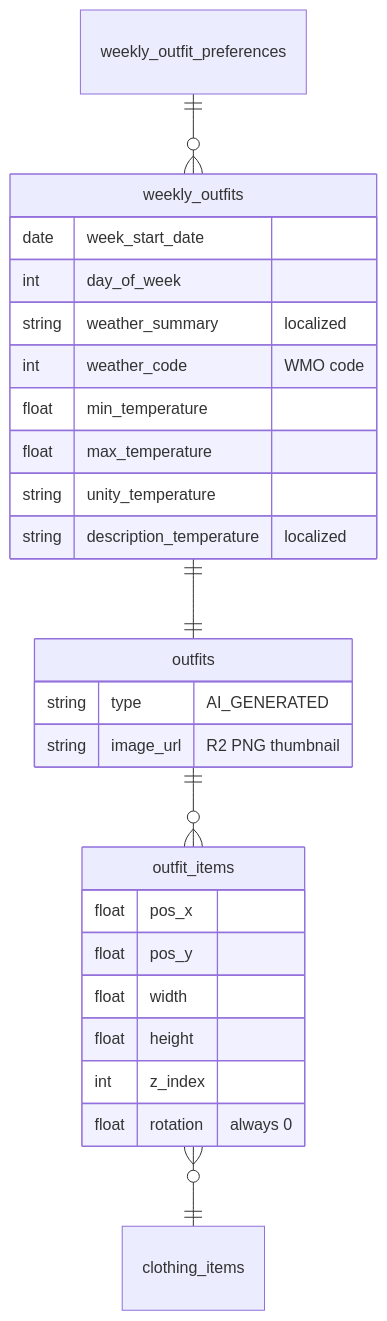
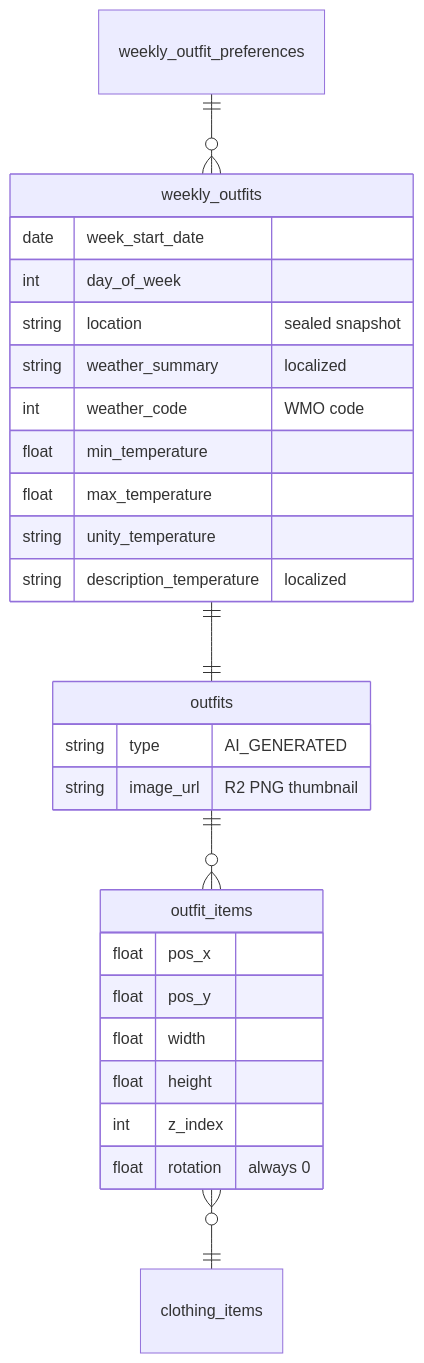
One commit to emmanuelviniciusdev/SkyDIIV--backstage changed the second of 3 diagrams in apps/worker-ai-workflows/docs/WEEKLY_OUTFITS_WORKFLOW.md. Above: the diagram before and after it, drawn with Mermaid. The commit also changed other lines of this file and 10 other files, not shown here.

````diff
--- a/apps/worker-ai-workflows/docs/WEEKLY_OUTFITS_WORKFLOW.md
+++ b/apps/worker-ai-workflows/docs/WEEKLY_OUTFITS_WORKFLOW.md
@@ -389,32 +391,33 @@
 ```mermaid
 erDiagram
     weekly_outfit_preferences ||--o{ weekly_outfits : ""
     weekly_outfits ||--|| outfits : ""
     outfits ||--o{ outfit_items : ""
     outfit_items }o--|| clothing_items : ""
 
     weekly_outfits {
         date week_start_date
         int day_of_week
+        string location "sealed snapshot"
         string weather_summary "localized"
         int weather_code "WMO code"
         float min_temperature
         float max_temperature
         string unity_temperature
         string description_temperature "localized"
     }
 
     outfits {
         string type "AI_GENERATED"
         string image_url "R2 PNG thumbnail"
     }
 
     outfit_items {
         float pos_x
         float pos_y
         float width
         float height
         int z_index
         float rotation "always 0"
     }
 ```
````
